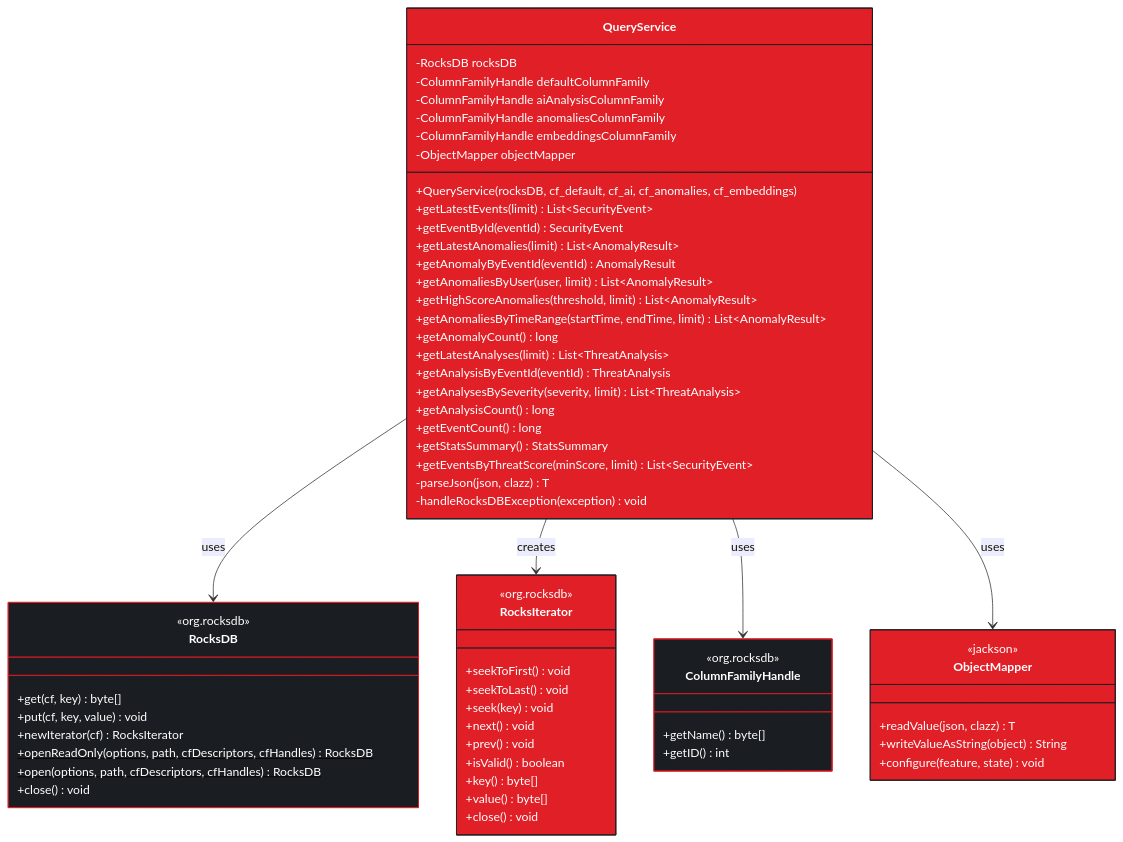
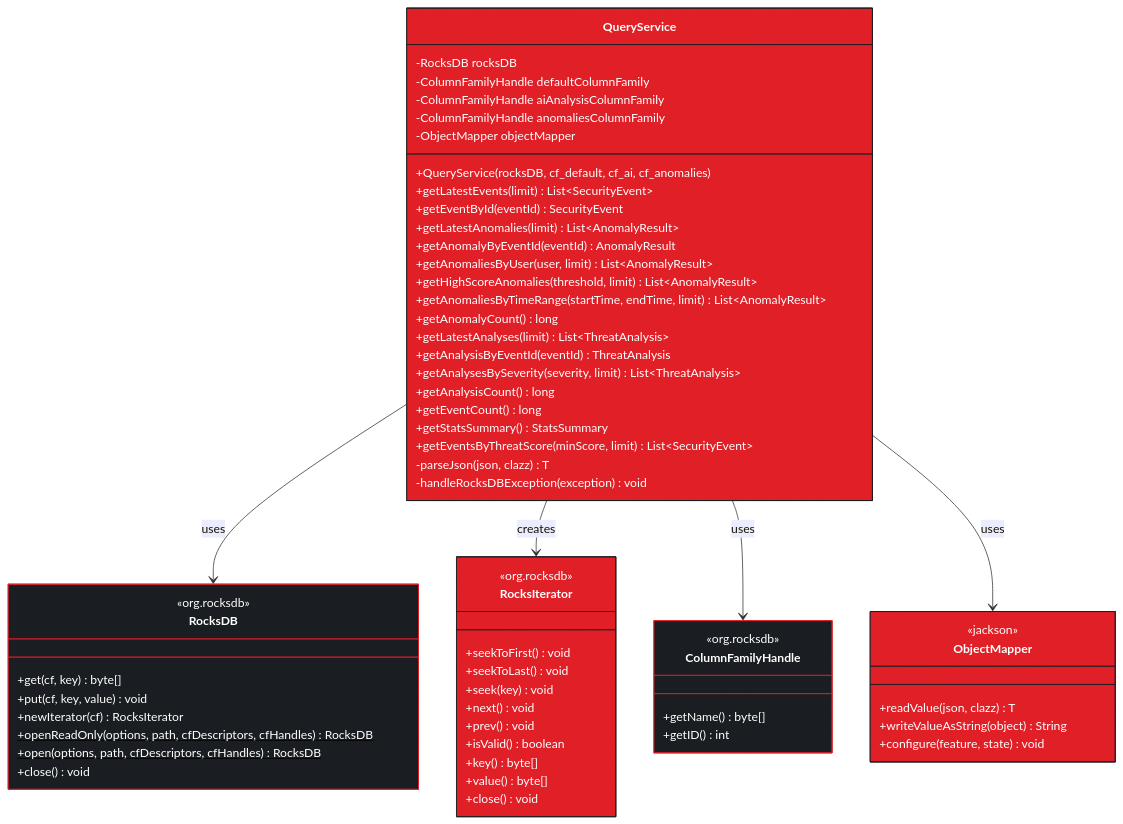
One commit to joselor/streamguard changed the eighth of 11 diagrams in docs/final/diagrams/CLASS_DIAGRAMS.md. Above: the diagram before and after it, drawn with Mermaid. The commit also changed other lines of this file and 14 other files, not shown here.

````diff
--- a/docs/final/diagrams/CLASS_DIAGRAMS.md
+++ b/docs/final/diagrams/CLASS_DIAGRAMS.md
@@ -500,76 +485,75 @@
 ```mermaid
 classDiagram
     class QueryService {
         -RocksDB rocksDB
         -ColumnFamilyHandle defaultColumnFamily
         -ColumnFamilyHandle aiAnalysisColumnFamily
         -ColumnFamilyHandle anomaliesColumnFamily
-        -ColumnFamilyHandle embeddingsColumnFamily
         -ObjectMapper objectMapper
-        +QueryService(rocksDB, cf_default, cf_ai, cf_anomalies, cf_embeddings)
+        +QueryService(rocksDB, cf_default, cf_ai, cf_anomalies)
         +getLatestEvents(limit) List~SecurityEvent~
         +getEventById(eventId) SecurityEvent
         +getLatestAnomalies(limit) List~AnomalyResult~
         +getAnomalyByEventId(eventId) AnomalyResult
         +getAnomaliesByUser(user, limit) List~AnomalyResult~
         +getHighScoreAnomalies(threshold, limit) List~AnomalyResult~
         +getAnomaliesByTimeRange(startTime, endTime, limit) List~AnomalyResult~
         +getAnomalyCount() long
         +getLatestAnalyses(limit) List~ThreatAnalysis~
         +getAnalysisByEventId(eventId) ThreatAnalysis
         +getAnalysesBySeverity(severity, limit) List~ThreatAnalysis~
         +getAnalysisCount() long
         +getEventCount() long
         +getStatsSummary() StatsSummary
         +getEventsByThreatScore(minScore, limit) List~SecurityEvent~
         -parseJson(json, clazz) T
         -handleRocksDBException(exception) void
     }
 
     class RocksDB {
         <<org.rocksdb>>
         +get(cf, key) byte[]
         +put(cf, key, value) void
         +newIterator(cf) RocksIterator
         +openReadOnly(options, path, cfDescriptors, cfHandles) RocksDB$
         +open(options, path, cfDescriptors, cfHandles) RocksDB$
         +close() void
     }
 
     class RocksIterator {
         <<org.rocksdb>>
         +seekToFirst() void
         +seekToLast() void
         +seek(key) void
         +next() void
         +prev() void
         +isValid() boolean
         +key() byte[]
         +value() byte[]
         +close() void
     }
 
     class ColumnFamilyHandle {
         <<org.rocksdb>>
         +getName() byte[]
         +getID() int
     }
 
     class ObjectMapper {
         <<jackson>>
         +readValue(json, clazz) T
         +writeValueAsString(object) String
         +configure(feature, state) void
     }
 
     QueryService --> RocksDB : uses
     QueryService --> RocksIterator : creates
     QueryService --> ColumnFamilyHandle : uses
     QueryService --> ObjectMapper : uses
 
     style QueryService fill:#E01F27,stroke:#1A1D21,color:#fff
     style RocksDB fill:#1A1D21,stroke:#E01F27,color:#fff
     style RocksIterator fill:#E01F27,stroke:#1A1D21,color:#fff
     style ColumnFamilyHandle fill:#1A1D21,stroke:#E01F27,color:#fff
     style ObjectMapper fill:#E01F27,stroke:#1A1D21,color:#fff
 ```
````
